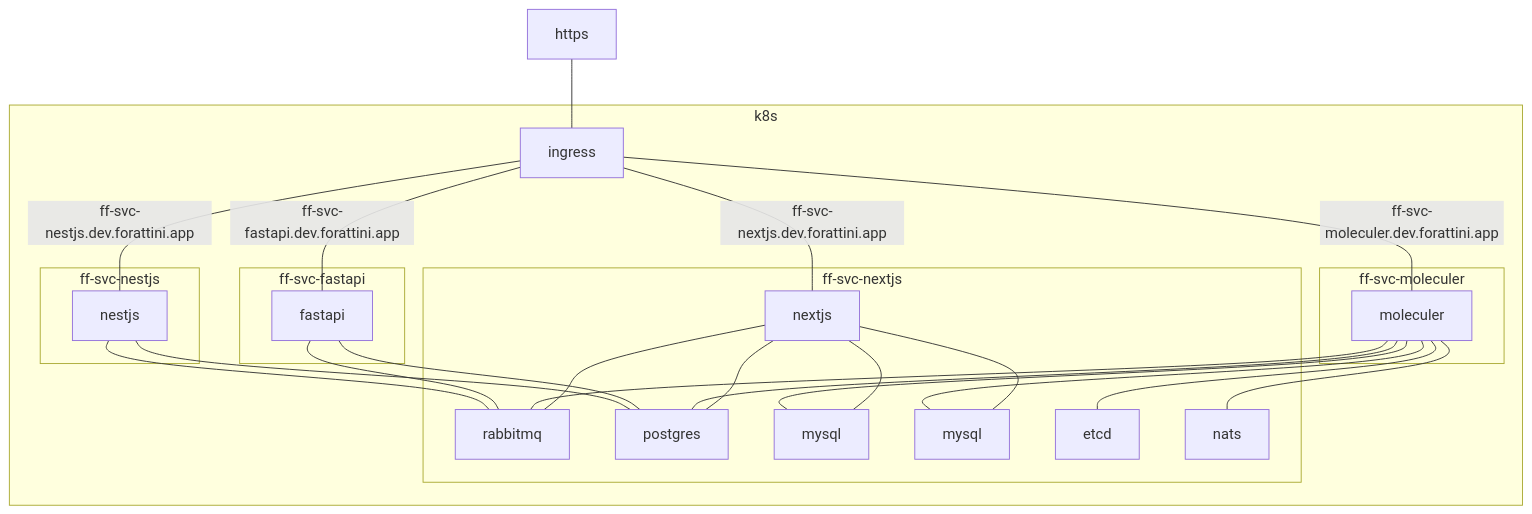
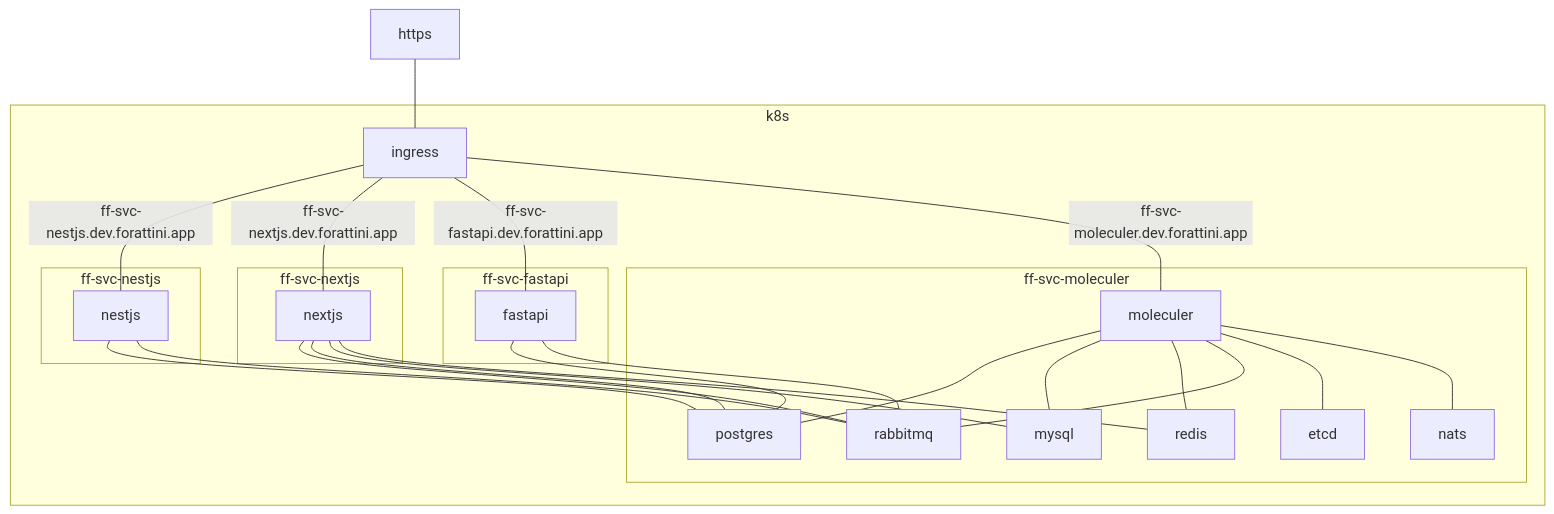
The third of 3 diagrams in README.md (filipeforattini/ff-iac-github-actions), drawn with Mermaid before and after one commit. The commit also changed other lines of this file, not shown here.

Commit message:
docs: new shared architecture mermaid

````diff
--- a/README.md
+++ b/README.md
@@ -338,39 +337,37 @@
 ```mermaid
 flowchart
   https---ingress
 
   subgraph k8s
     ingress---|ff-svc-nestjs.dev.forattini.app|nestjs
     ingress---|ff-svc-nextjs.dev.forattini.app|nextjs
     ingress---|ff-svc-fastapi.dev.forattini.app|fastapi
     ingress---|ff-svc-moleculer.dev.forattini.app|moleculer
 
+    subgraph ff-svc-moleculer
+      moleculer---postgres-moleculer[postgres]
+      moleculer---mysql-moleculer[mysql]
+      moleculer---redis-moleculer[redis]
+      moleculer---rabbitmq-moleculer[rabbitmq]
+      moleculer---etcd-moleculer[etcd]
+      moleculer---nats-moleculer[nats]
+    end
+
     subgraph ff-svc-nextjs
-      nextjs---rabbitmq-nextjs[rabbit]
-      nextjs---postgres-nextjs[postgres]
-      nextjs---mysql-nextjs[mysql]
-      nextjs---redis-nextjs[mysql]
-      etcd-nextjs[etcd]
-      nats-nextjs[nats]
-    end
-    
-    subgraph ff-svc-moleculer
-      moleculer---postgres-nextjs
-      moleculer---mysql-nextjs
-      moleculer---redis-nextjs
-      moleculer---rabbitmq-nextjs
-      moleculer---etcd-nextjs
-      moleculer---nats-nextjs
+      nextjs---rabbitmq-moleculer
+      nextjs---postgres-moleculer
+      nextjs---mysql-moleculer
+      nextjs---redis-moleculer
     end
 
     subgraph ff-svc-fastapi
-      fastapi---postgres-nextjs[postgres]
-      fastapi---rabbitmq-nextjs[rabbit]
+      fastapi---postgres-moleculer
+      fastapi---rabbitmq-moleculer
     end
 
     subgraph ff-svc-nestjs
-      nestjs---postgres-nextjs[postgres]
-      nestjs---rabbitmq-nextjs[rabbitmq]
+      nestjs---postgres-moleculer
+      nestjs---rabbitmq-moleculer
     end
   end
 ```
````
